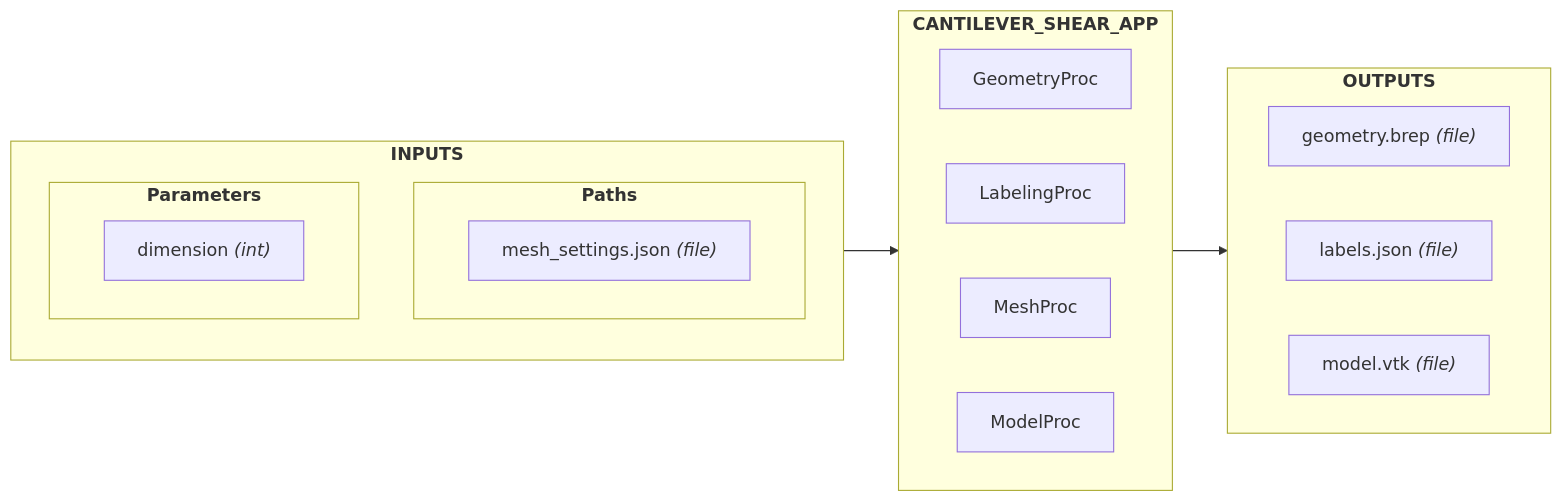
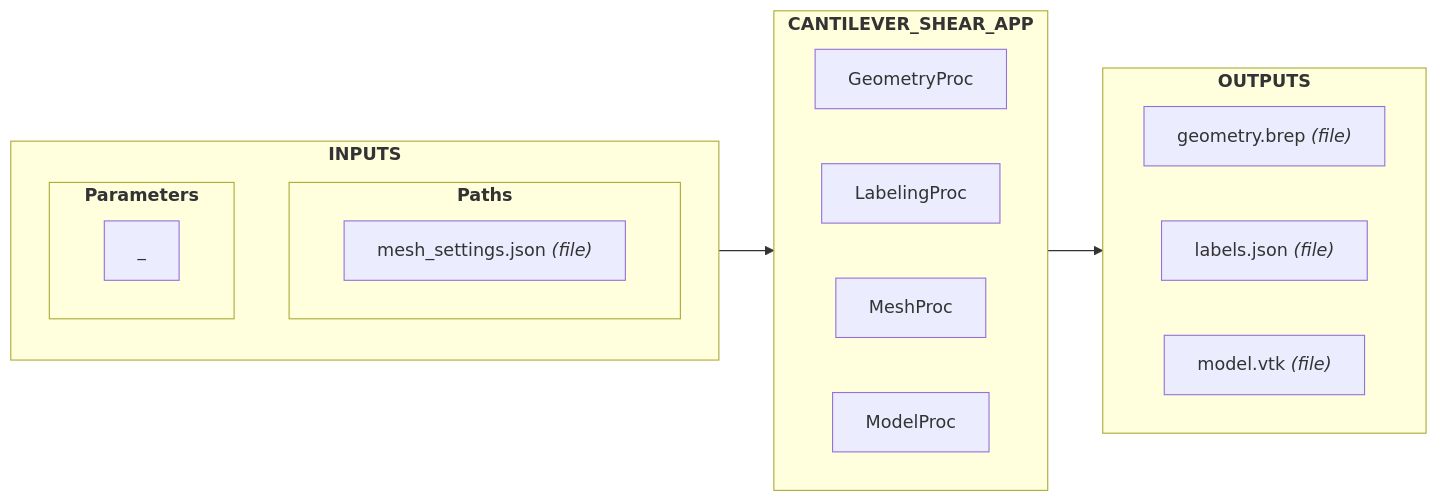
The sixth of 10 diagrams in src/nuremics_labs/apps/simulation/CANTILEVER_SHEAR_APP/README.md (nuremics/sim-labs), drawn with Mermaid before and after one commit. The commit also changed other lines of this file and 1 other file, not shown here.

````diff
--- a/src/nuremics_labs/apps/simulation/CANTILEVER_SHEAR_APP/README.md
+++ b/src/nuremics_labs/apps/simulation/CANTILEVER_SHEAR_APP/README.md
@@ -128,35 +124,35 @@
 ```mermaid
 flowchart LR
   subgraph Inputs[<b>INPUTS<b>]
     direction TB
 
     subgraph Paths[<b>Paths<b>]
       direction LR
       path["mesh_settings.json <i>(file)<i>"]
     end
 
     subgraph Parameters[<b>Parameters<b>]
       direction LR
-      param1["dimension <i>(int)<i>"]
+      param1["_"]
     end
   end
 
   subgraph App[<b>CANTILEVER_SHEAR_APP<b>]
     direction RL
     proc1["GeometryProc"]
     proc2["LabelingProc"]
     proc3["MeshProc"]
     proc4["ModelProc"]
   end
 
   subgraph Outputs[<b>OUTPUTS<b>]
     direction RL
     out1["geometry.brep <i>(file)<i>"]
     out2["labels.json <i>(file)<i>"]
     out3["mesh.msh <i>(file)<i>"]
     out3["model.vtk <i>(file)<i>"]
   end
 
   Inputs --> App
   App --> Outputs
 ```
````
